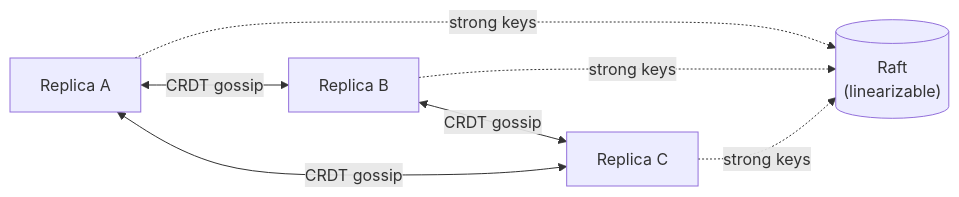
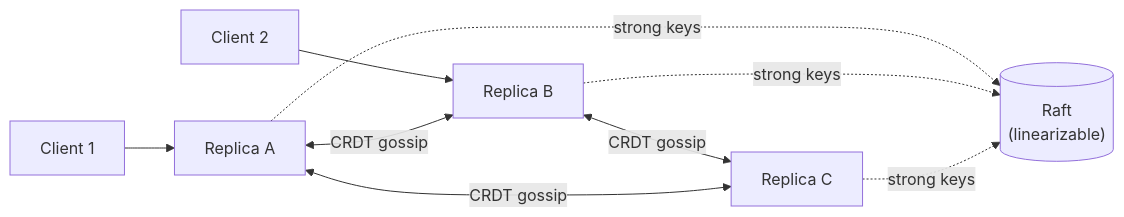
Before and after one commit to OPCFoundation/UA-.NETStandard: the second of 4 diagrams in Docs/HighAvailability.md, drawn with Mermaid. The commit also changed other lines of this file and 10 other files, not shown here.

````diff
--- a/Docs/HighAvailability.md
+++ b/Docs/HighAvailability.md
@@ -255,9 +255,11 @@
 ```mermaid
 flowchart LR
+    Client1[Client 1] --> A
+    Client2[Client 2] --> B
     A["Replica A"] <-->|CRDT gossip| B["Replica B"]
     B <-->|CRDT gossip| C["Replica C"]
     A <-->|CRDT gossip| C
     A -.->|strong keys| Raft[("Raft<br/>(linearizable)")]
     B -. strong keys .-> Raft
     C -. strong keys .-> Raft
 ```
````
